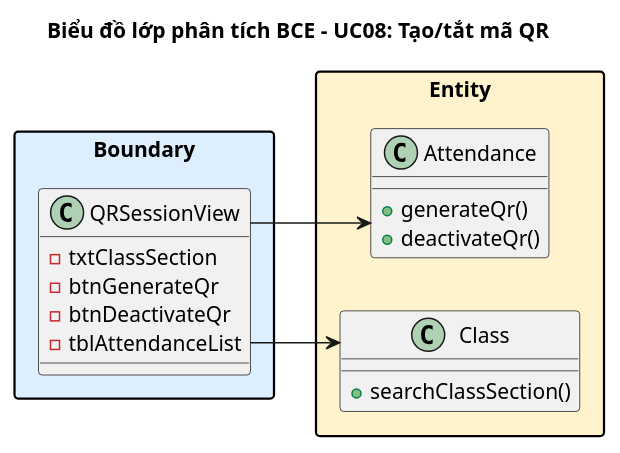
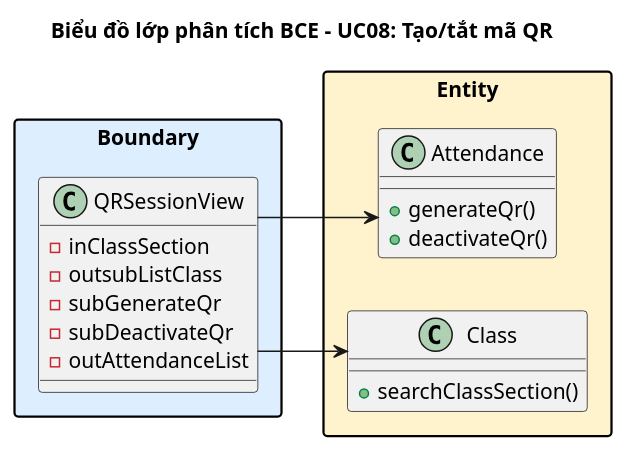
Before and after one commit to thanhtrnnn/universe: the sixth of 20 diagrams in report/md/module3_attendance_grades.md, drawn with PlantUML. The commit also changed other lines of this file and 1 other file, not shown here.

First line of the commit message:
docs(module3): apply in/out/sub attribute convention to BCE analysis diagrams

````diff
--- a/report/md/module3_attendance_grades.md
+++ b/report/md/module3_attendance_grades.md
@@ -311,30 +316,31 @@
 ```plantuml
 @startuml
 left to right direction
 skinparam linetype ortho
 skinparam packageStyle rectangle
 title Biểu đồ lớp phân tích BCE – UC08: Tạo/tắt mã QR
 
 package "Boundary" #DDEEFF {
   class QRSessionView {
-    -txtClassSection
-    -btnGenerateQr
-    -btnDeactivateQr
-    -tblAttendanceList
+    -inClassSection
+    -outsubListClass
+    -subGenerateQr
+    -subDeactivateQr
+    -outAttendanceList
   }
 }
 
 package "Entity" #FFF3CD {
   class Attendance {
     +generateQr()
     +deactivateQr()
   }
   class Class {
     +searchClassSection()
   }
 }
 
 QRSessionView --> Attendance
 QRSessionView --> Class
 @enduml
 ```
````
